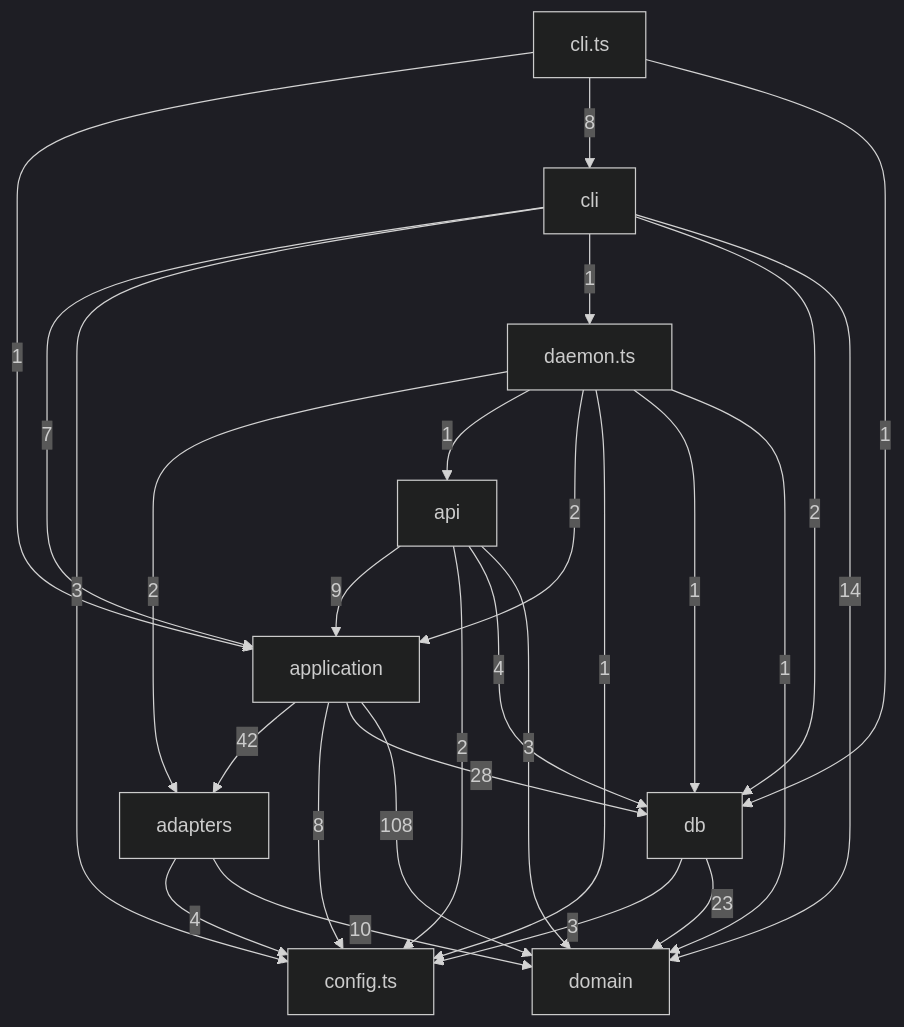
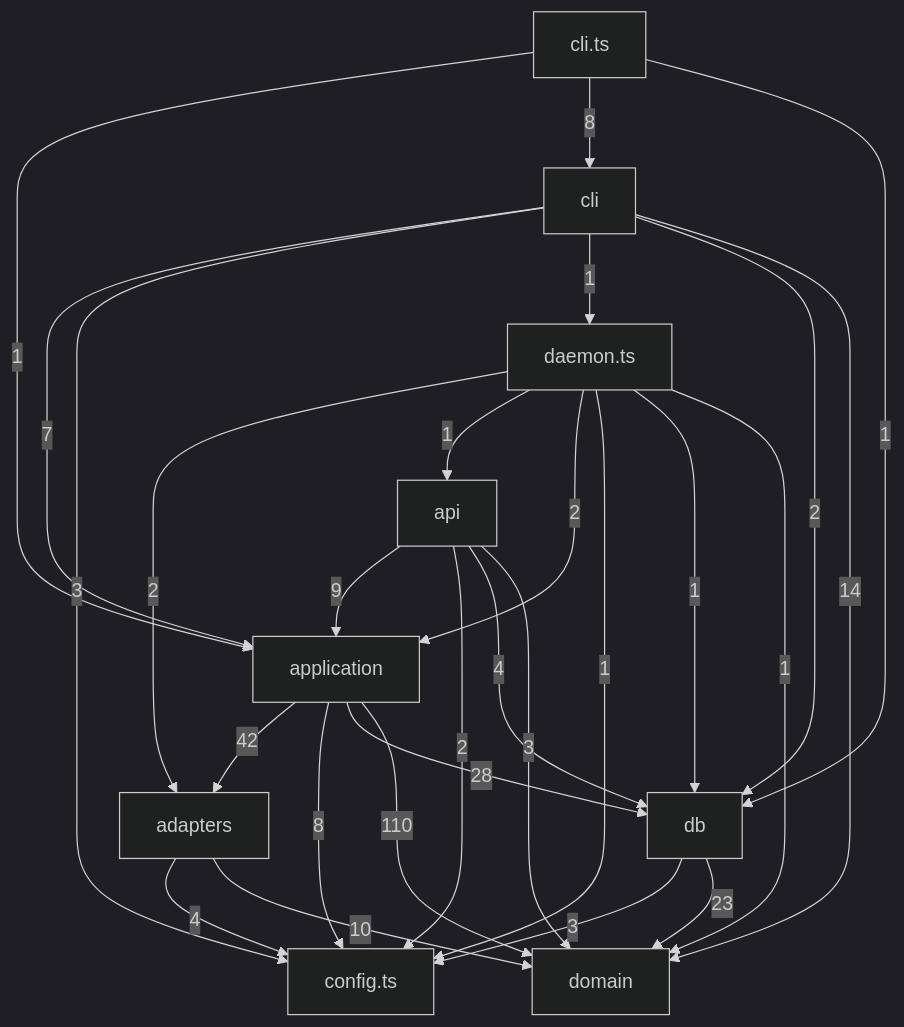
Before and after one commit to tomrobdev/agentdeck: the third of 5 diagrams in docs/architecture.md, drawn with Mermaid (dark theme). The commit also changed other lines of this file and 18 other files, not shown here.

````diff
--- a/docs/architecture.md
+++ b/docs/architecture.md
@@ -101,38 +101,38 @@
 ```mermaid
 flowchart TD
   adapters["adapters"]
   api["api"]
   application["application"]
   cli["cli"]
   cli_ts["cli.ts"]
   config_ts["config.ts"]
   daemon_ts["daemon.ts"]
   db["db"]
   domain["domain"]
   adapters -->|4| config_ts
   adapters -->|10| domain
   api -->|9| application
   api -->|2| config_ts
   api -->|4| db
   api -->|3| domain
   application -->|42| adapters
   application -->|8| config_ts
   application -->|28| db
-  application -->|108| domain
+  application -->|110| domain
   cli_ts -->|1| application
   cli_ts -->|8| cli
   cli_ts -->|1| db
   cli -->|7| application
   cli -->|3| config_ts
   cli -->|1| daemon_ts
   cli -->|2| db
   cli -->|14| domain
   daemon_ts -->|2| adapters
   daemon_ts -->|1| api
   daemon_ts -->|2| application
   daemon_ts -->|1| config_ts
   daemon_ts -->|1| db
   daemon_ts -->|1| domain
   db -->|3| config_ts
   db -->|23| domain
 ```
````
